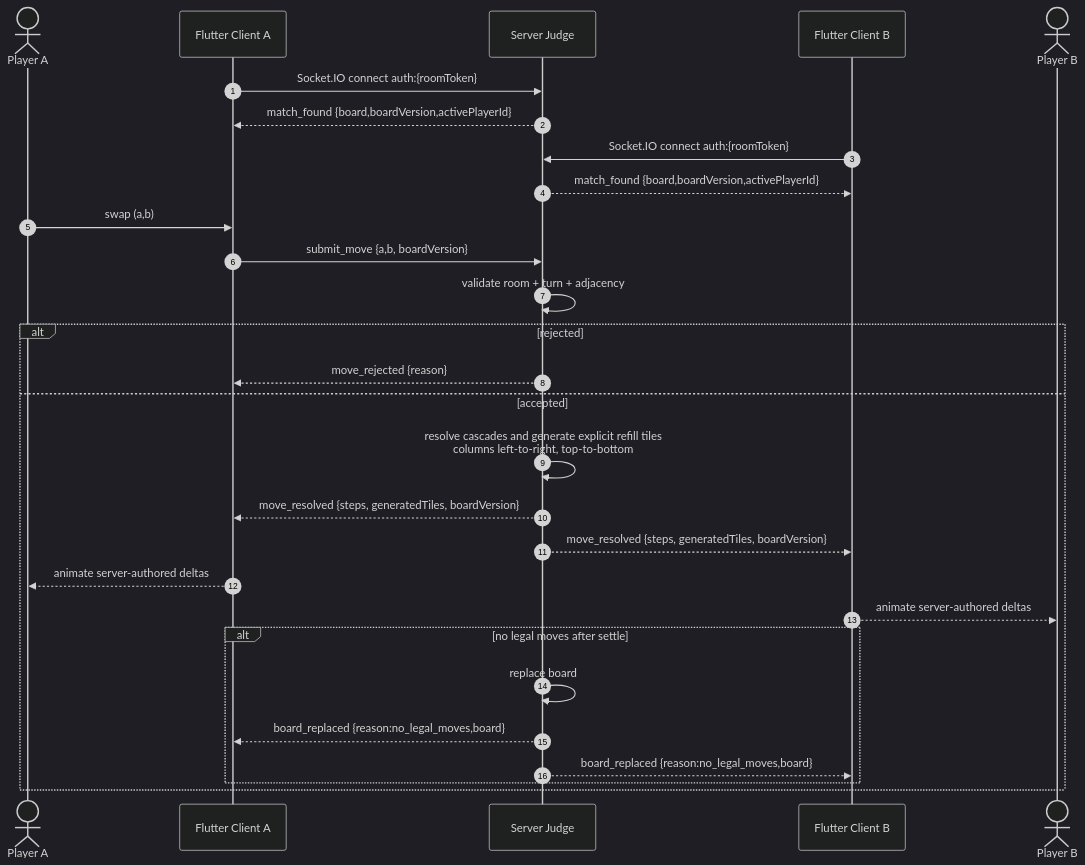
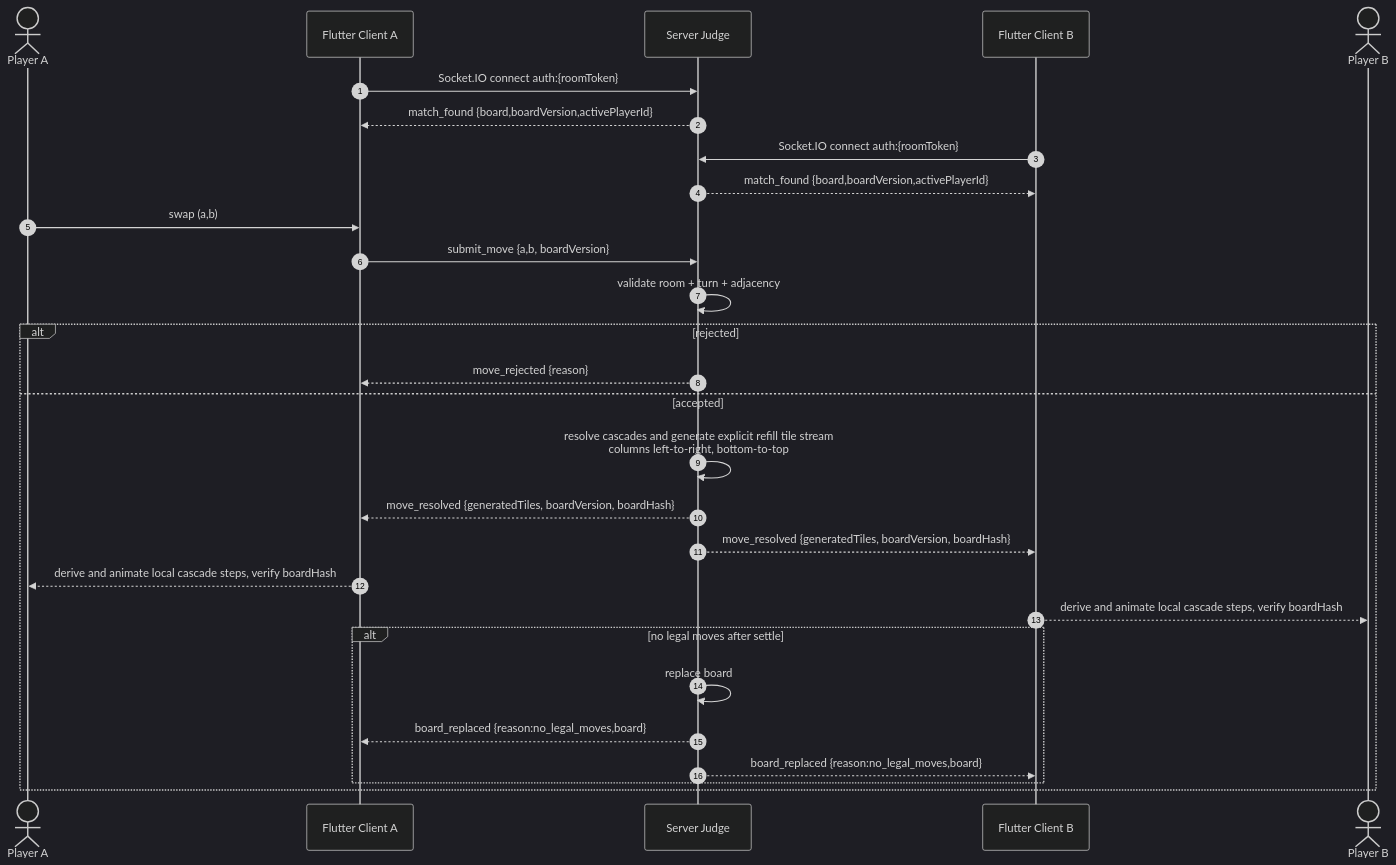
One commit to BuiHoangTu/match3-competitive-fe changed the fifth of 11 diagrams in specification/system-design.md. Above: the diagram before and after it, drawn with Mermaid (dark theme). The commit also changed other lines of this file and 17 other files, not shown here.

````diff
--- a/specification/system-design.md
+++ b/specification/system-design.md
@@ -286,30 +286,30 @@
 ```mermaid
 sequenceDiagram
     autonumber
     actor A as Player A
     participant CA as Flutter Client A
     participant S as Server Judge
     participant CB as Flutter Client B
     actor B as Player B
     CA->>S: Socket.IO connect auth:{roomToken}
     S-->>CA: match_found {board,boardVersion,activePlayerId}
     CB->>S: Socket.IO connect auth:{roomToken}
     S-->>CB: match_found {board,boardVersion,activePlayerId}
     A->>CA: swap (a,b)
     CA->>S: submit_move {a,b, boardVersion}
     S->>S: validate room + turn + adjacency
     alt rejected
         S-->>CA: move_rejected {reason}
     else accepted
-        S->>S: resolve cascades and generate explicit refill tiles<br/>columns left-to-right, top-to-bottom
-        S-->>CA: move_resolved {steps, generatedTiles, boardVersion}
-        S-->>CB: move_resolved {steps, generatedTiles, boardVersion}
-        CA-->>A: animate server-authored deltas
-        CB-->>B: animate server-authored deltas
+        S->>S: resolve cascades and generate explicit refill tile stream<br/>columns left-to-right, bottom-to-top
+        S-->>CA: move_resolved {generatedTiles, boardVersion, boardHash}
+        S-->>CB: move_resolved {generatedTiles, boardVersion, boardHash}
+        CA-->>A: derive and animate local cascade steps, verify boardHash
+        CB-->>B: derive and animate local cascade steps, verify boardHash
         alt no legal moves after settle
             S->>S: replace board
             S-->>CA: board_replaced {reason:no_legal_moves,board}
             S-->>CB: board_replaced {reason:no_legal_moves,board}
         end
     end
 ```
````
